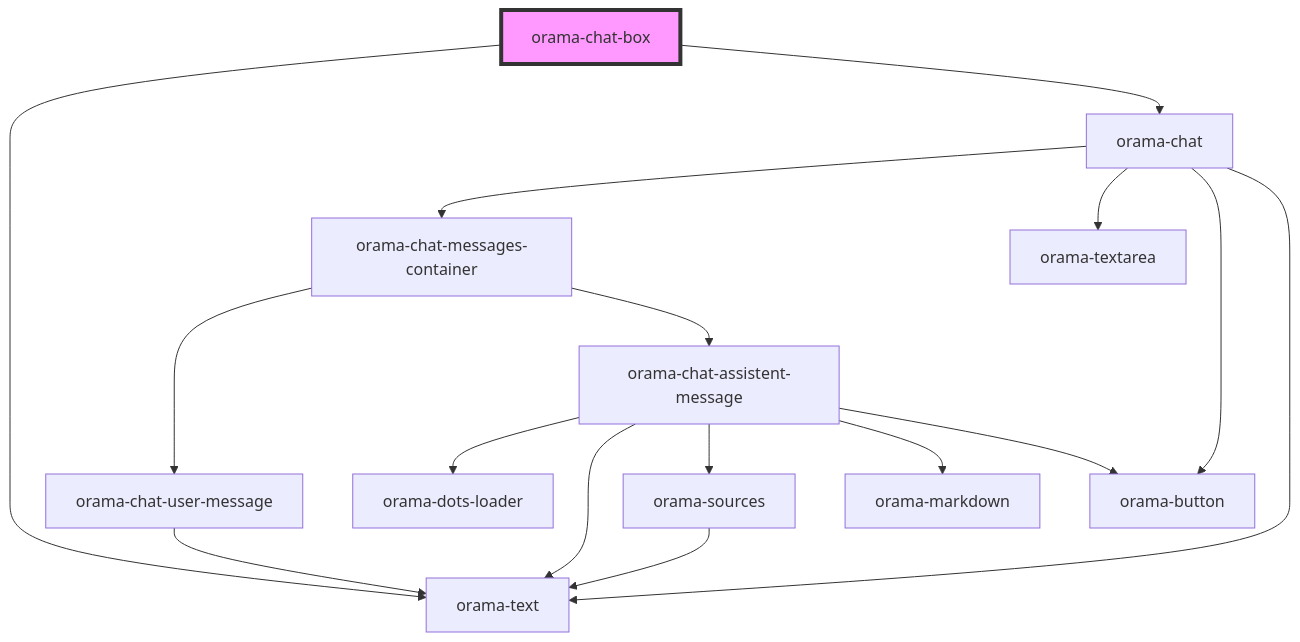
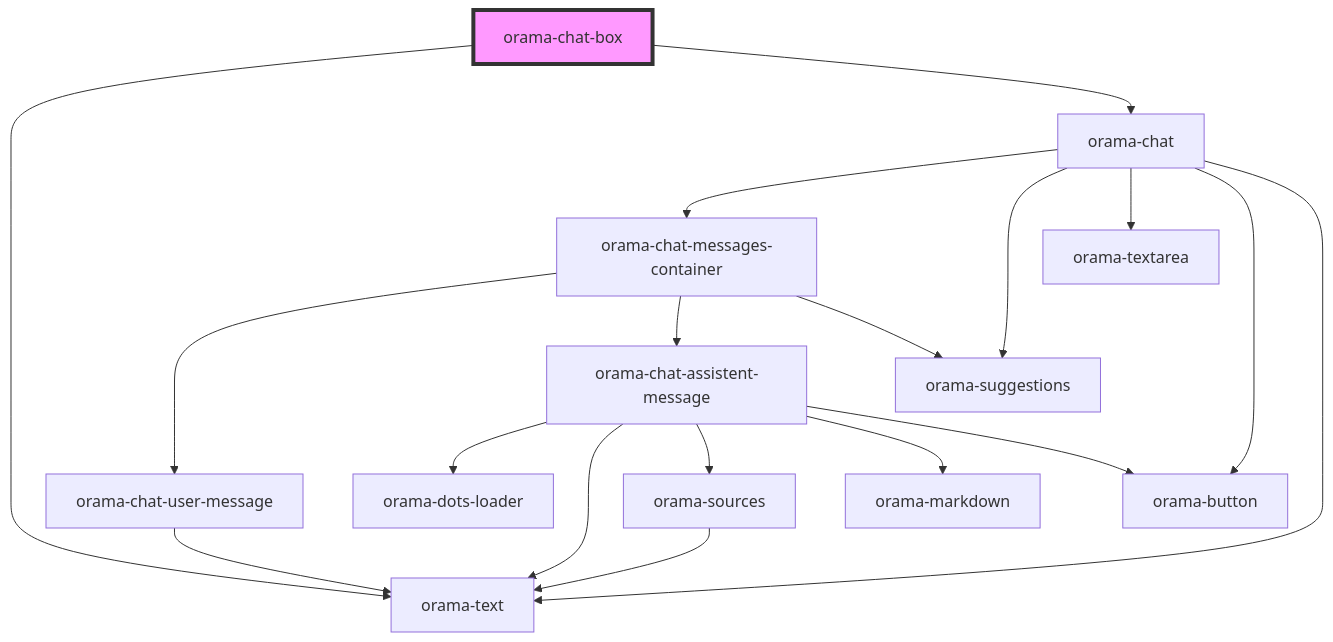
The diagram in packages/ui-stencil/src/components/orama-chat-box/readme.md (oramasearch/orama-ui-components), drawn with Mermaid before and after one commit. The commit also changed 14 other files, not shown here.

````diff
--- a/packages/ui-stencil/src/components/orama-chat-box/readme.md
+++ b/packages/ui-stencil/src/components/orama-chat-box/readme.md
@@ -32,19 +32,21 @@
 ```mermaid
 graph TD;
   orama-chat-box --> orama-text
   orama-chat-box --> orama-chat
   orama-chat --> orama-chat-messages-container
+  orama-chat --> orama-suggestions
   orama-chat --> orama-textarea
   orama-chat --> orama-button
   orama-chat --> orama-text
   orama-chat-messages-container --> orama-chat-user-message
   orama-chat-messages-container --> orama-chat-assistent-message
+  orama-chat-messages-container --> orama-suggestions
   orama-chat-user-message --> orama-text
   orama-chat-assistent-message --> orama-dots-loader
   orama-chat-assistent-message --> orama-text
   orama-chat-assistent-message --> orama-sources
   orama-chat-assistent-message --> orama-markdown
   orama-chat-assistent-message --> orama-button
   orama-sources --> orama-text
   style orama-chat-box fill:#f9f,stroke:#333,stroke-width:4px
 ```
````
